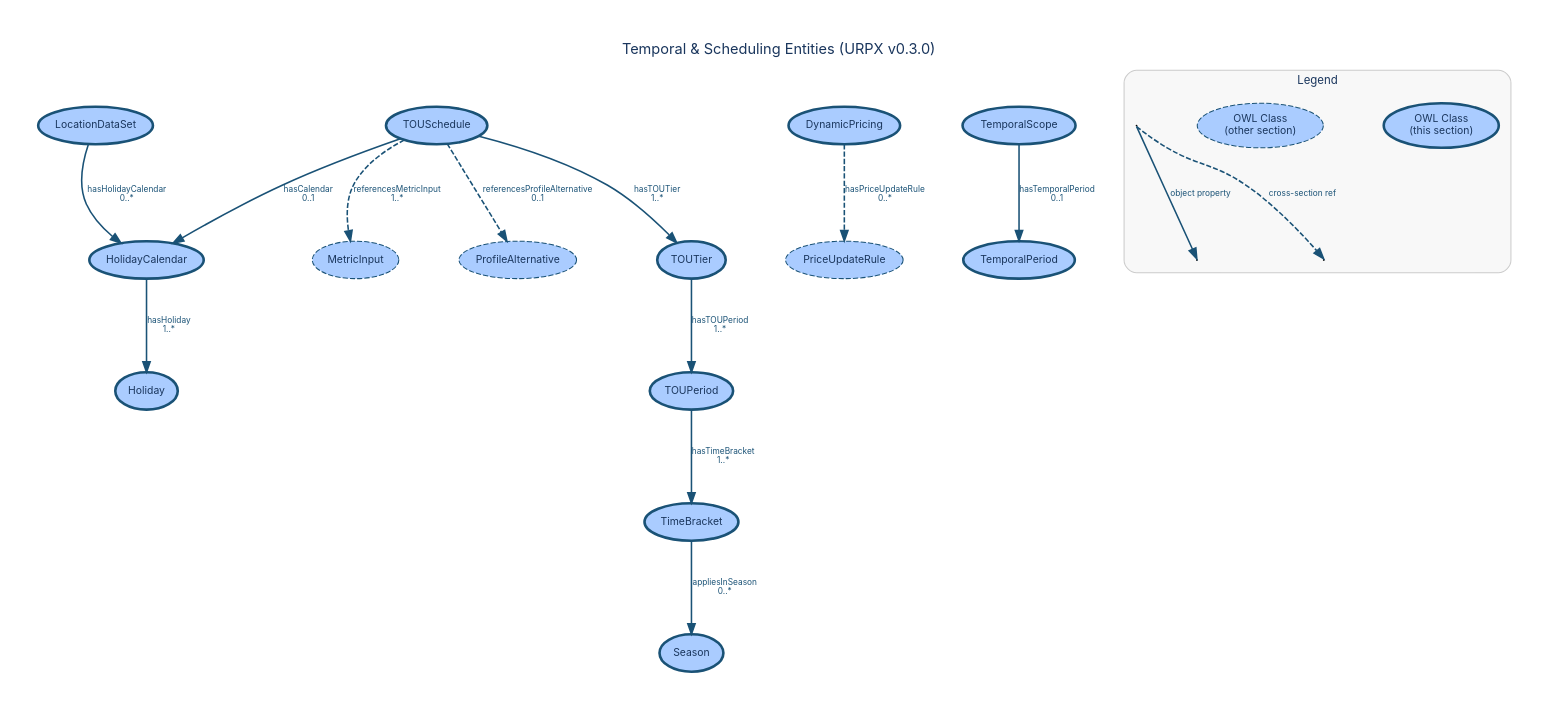
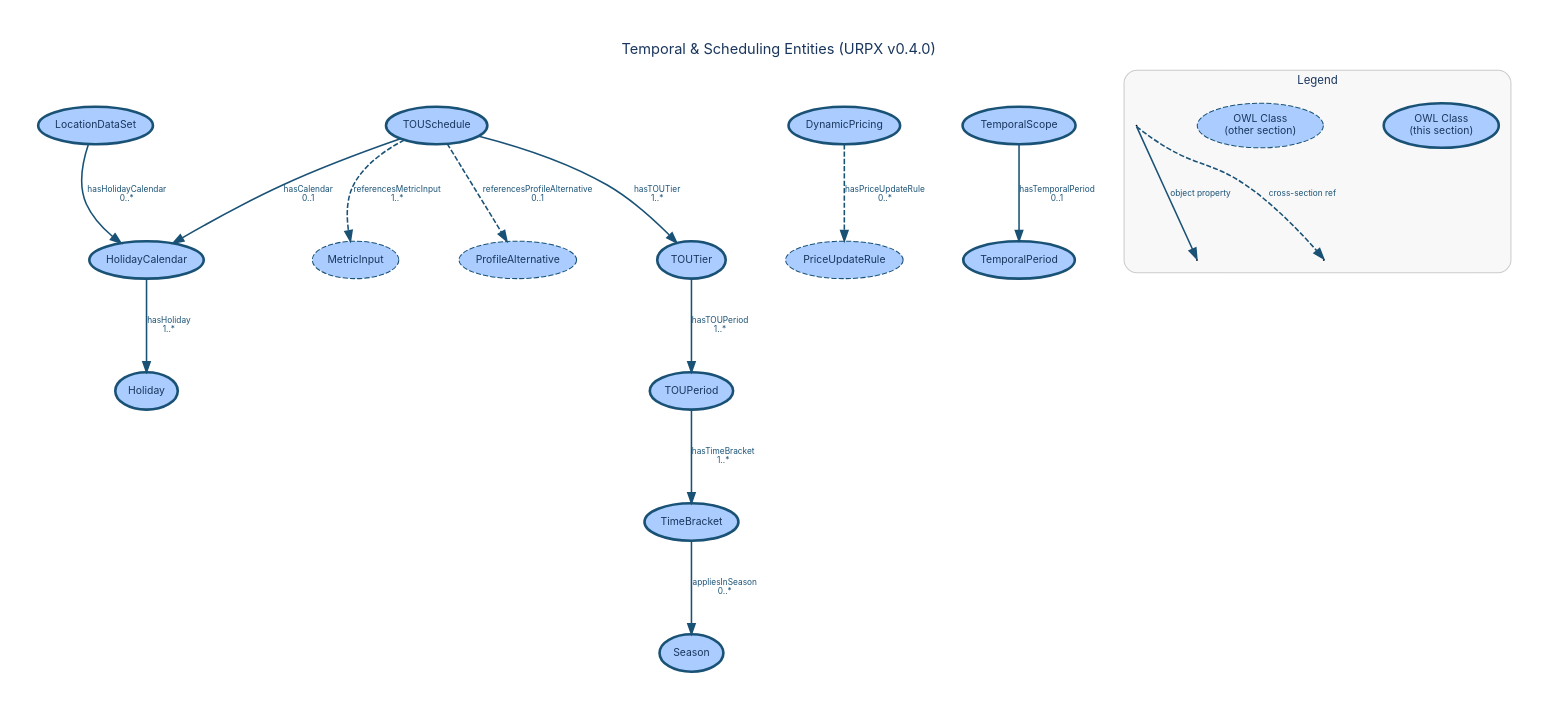
Before and after one commit to urpx-org/urpx: the diagram in documentation/diagrams/dictionary/temporal-scheduling-entities.dot, drawn with Graphviz. The commit also changed 28 other files, not shown here.

```diff
--- a/documentation/diagrams/dictionary/temporal-scheduling-entities.dot
+++ b/documentation/diagrams/dictionary/temporal-scheduling-entities.dot
@@ -1,129 +1,129 @@
 digraph "Temporal & Scheduling Entities" {
     rankdir=TB;
     bgcolor="white";
     pad=0.4;
     nodesep=0.8;
     ranksep=1.0;
     start=42;
     fontname="Inter, Helvetica, Arial, sans-serif";
-    label="Temporal & Scheduling Entities (URPX v0.3.0)";
+    label="Temporal & Scheduling Entities (URPX v0.4.0)";
     labelloc="t";
     fontsize=14;
     fontcolor="#1a365d";
     node [fontname="Inter, Helvetica, Arial, sans-serif", fontsize=10, style=filled, fontcolor="#1a365d"];
     edge [fontname="Inter, Helvetica, Arial, sans-serif", fontsize=8, fontcolor="#1a365d"];
 
     // Section classes
     Season [
         label="Season"
         shape=ellipse, fillcolor="#aaccff", color="#1a5276", penwidth=2.5
     ];
     TOUSchedule [
         label="TOUSchedule"
         shape=ellipse, fillcolor="#aaccff", color="#1a5276", penwidth=2.5
     ];
     TOUTier [
         label="TOUTier"
         shape=ellipse, fillcolor="#aaccff", color="#1a5276", penwidth=2.5
     ];
     TOUPeriod [
         label="TOUPeriod"
         shape=ellipse, fillcolor="#aaccff", color="#1a5276", penwidth=2.5
     ];
     TimeBracket [
         label="TimeBracket"
         shape=ellipse, fillcolor="#aaccff", color="#1a5276", penwidth=2.5
     ];
     HolidayCalendar [
         label="HolidayCalendar"
         shape=ellipse, fillcolor="#aaccff", color="#1a5276", penwidth=2.5
     ];
     Holiday [
         label="Holiday"
         shape=ellipse, fillcolor="#aaccff", color="#1a5276", penwidth=2.5
     ];
     LocationDataSet [
         label="LocationDataSet"
         shape=ellipse, fillcolor="#aaccff", color="#1a5276", penwidth=2.5
     ];
     DynamicPricing [
         label="DynamicPricing"
         shape=ellipse, fillcolor="#aaccff", color="#1a5276", penwidth=2.5
     ];
     TemporalScope [
         label="TemporalScope"
         shape=ellipse, fillcolor="#aaccff", color="#1a5276", penwidth=2.5
     ];
     TemporalPeriod [
         label="TemporalPeriod"
         shape=ellipse, fillcolor="#aaccff", color="#1a5276", penwidth=2.5
     ];
 
     // Cross-section references
     MetricInput [
         label="MetricInput"
         shape=ellipse, fillcolor="#aaccff", color="#1a5276", penwidth=1, style="filled,dashed"
     ];
     PriceUpdateRule [
         label="PriceUpdateRule"
         shape=ellipse, fillcolor="#aaccff", color="#1a5276", penwidth=1, style="filled,dashed"
     ];
     ProfileAlternative [
         label="ProfileAlternative"
         shape=ellipse, fillcolor="#aaccff", color="#1a5276", penwidth=1, style="filled,dashed"
     ];
 
     // Object property edges
     TOUSchedule -> HolidayCalendar [
         label="hasCalendar\n0..1", color="#1a5276", fontcolor="#1a5276", penwidth=1.5
     ];
     TOUSchedule -> TOUTier [
         label="hasTOUTier\n1..*", color="#1a5276", fontcolor="#1a5276", penwidth=1.5
     ];
     TOUSchedule -> MetricInput [
         label="referencesMetricInput\n1..*", style=dashed, color="#1a5276", fontcolor="#1a5276", penwidth=1.5
     ];
     TOUSchedule -> ProfileAlternative [
         label="referencesProfileAlternative\n0..1", style=dashed, color="#1a5276", fontcolor="#1a5276", penwidth=1.5
     ];
     TOUTier -> TOUPeriod [
         label="hasTOUPeriod\n1..*", color="#1a5276", fontcolor="#1a5276", penwidth=1.5
     ];
     TOUPeriod -> TimeBracket [
         label="hasTimeBracket\n1..*", color="#1a5276", fontcolor="#1a5276", penwidth=1.5
     ];
     TimeBracket -> Season [
         label="appliesInSeason\n0..*", color="#1a5276", fontcolor="#1a5276", penwidth=1.5
     ];
     HolidayCalendar -> Holiday [
         label="hasHoliday\n1..*", color="#1a5276", fontcolor="#1a5276", penwidth=1.5
     ];
     LocationDataSet -> HolidayCalendar [
         label="hasHolidayCalendar\n0..*", color="#1a5276", fontcolor="#1a5276", penwidth=1.5
     ];
     DynamicPricing -> PriceUpdateRule [
         label="hasPriceUpdateRule\n0..*", style=dashed, color="#1a5276", fontcolor="#1a5276", penwidth=1.5
     ];
     TemporalScope -> TemporalPeriod [
         label="hasTemporalPeriod\n0..1", color="#1a5276", fontcolor="#1a5276", penwidth=1.5
     ];
 
     subgraph cluster_legend {
         label="Legend";
         fontname="Inter, Helvetica, Arial, sans-serif";
         fontsize=11;
         fontcolor="#1a365d";
         style=rounded;
         color="#cccccc";
         bgcolor="#f8f8f8";
         margin=12;
 
         leg_class [label="OWL Class\n(this section)", shape=ellipse, fillcolor="#aaccff", color="#1a5276", penwidth=2.5];
         leg_xref [label="OWL Class\n(other section)", shape=ellipse, fillcolor="#aaccff", color="#1a5276", penwidth=1, style="filled,dashed"];
         leg_src [label=" ", shape=point, width=0.01];
         leg_tgt1 [label=" ", shape=point, width=0.01];
         leg_src -> leg_tgt1 [label="object property", color="#1a5276", fontcolor="#1a5276", penwidth=1.5];
         leg_tgt2 [label=" ", shape=point, width=0.01];
         leg_src -> leg_tgt2 [label="cross-section ref", style=dashed, color="#1a5276", fontcolor="#1a5276", penwidth=1.5];
     }
 }
```
